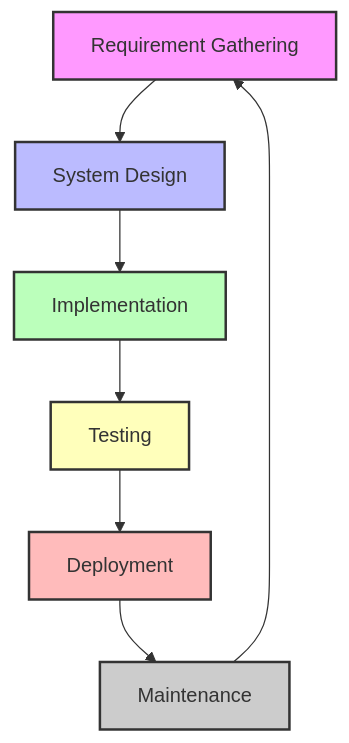
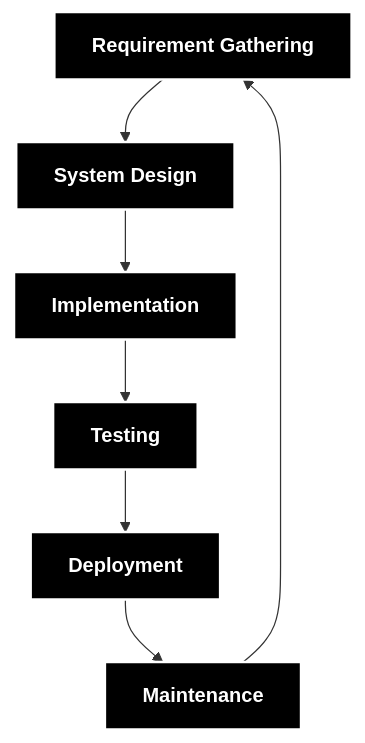
Before and after one commit to email4prasanth/MLOps_Notes: the diagram in 00_Intro.md, drawn with Mermaid.

Commit message:
added SDLC

````diff
--- a/00_Intro.md
+++ b/00_Intro.md
@@ -2,16 +2,16 @@
 ```mermaid
 flowchart TD
     A[Requirement Gathering] --> B[System Design]
     B --> C[Implementation]
     C --> D[Testing]
     D --> E[Deployment]
     E --> F[Maintenance]
     F --> A
 
-    style A fill:#f9f,stroke:#333,stroke-width:2px
-    style B fill:#bbf,stroke:#333,stroke-width:2px
-    style C fill:#bfb,stroke:#333,stroke-width:2px
-    style D fill:#ffb,stroke:#333,stroke-width:2px
-    style E fill:#fbb,stroke:#333,stroke-width:2px
-    style F fill:#ccc,stroke:#333,stroke-width:2px
+    style A fill:#000,stroke:#fff,stroke-width:2px,color:#fff,font-weight:bold
+    style B fill:#000,stroke:#fff,stroke-width:2px,color:#fff,font-weight:bold
+    style C fill:#000,stroke:#fff,stroke-width:2px,color:#fff,font-weight:bold
+    style D fill:#000,stroke:#fff,stroke-width:2px,color:#fff,font-weight:bold
+    style E fill:#000,stroke:#fff,stroke-width:2px,color:#fff,font-weight:bold
+    style F fill:#000,stroke:#fff,stroke-width:2px,color:#fff,font-weight:bold
 ```
````
